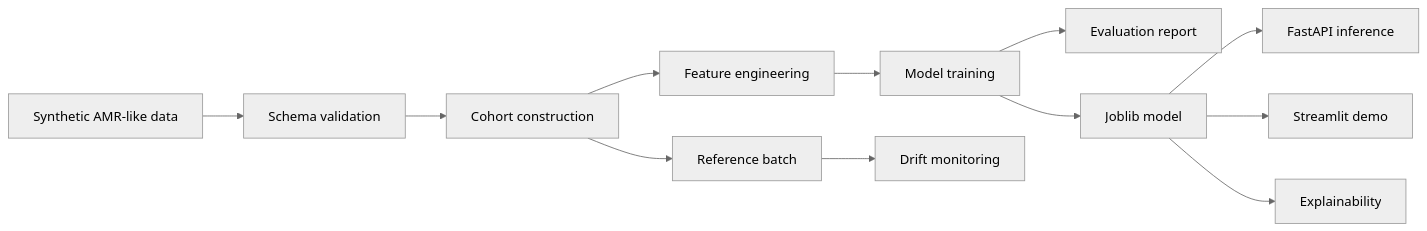
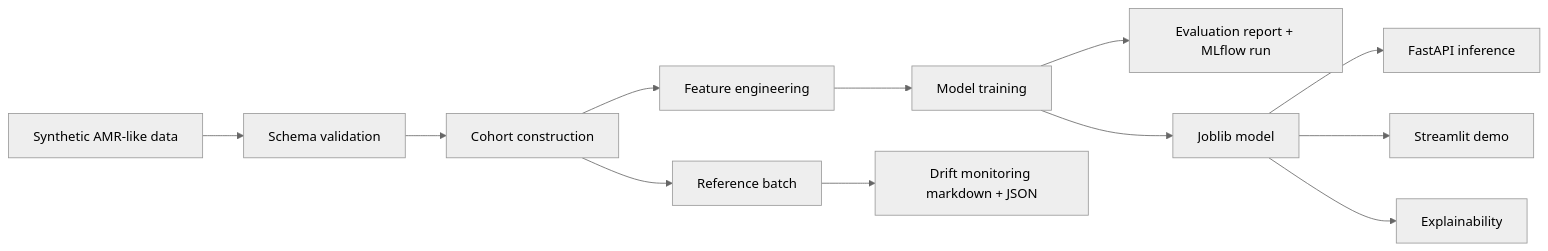
One commit to Omarlaouan/medmlops-treatment-response-platform changed the diagram in README.md. Above: the diagram before and after it, drawn with Mermaid (neutral theme). The commit also changed other lines of this file and 20 other files, not shown here.

````diff
--- a/README.md
+++ b/README.md
@@ -36,14 +50,14 @@
 ```mermaid
 flowchart LR
     A["Synthetic AMR-like data"] --> B["Schema validation"]
     B --> C["Cohort construction"]
     C --> D["Feature engineering"]
     D --> E["Model training"]
-    E --> F["Evaluation report"]
+    E --> F["Evaluation report + MLflow run"]
     E --> G["Joblib model"]
     G --> H["FastAPI inference"]
     G --> I["Streamlit demo"]
     G --> J["Explainability"]
     C --> K["Reference batch"]
-    K --> L["Drift monitoring"]
+    K --> L["Drift monitoring markdown + JSON"]
 ```
````
